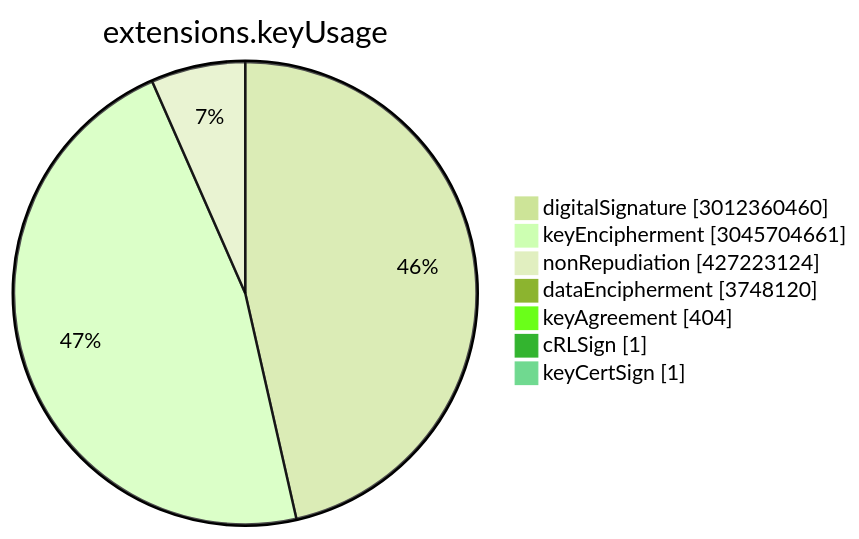
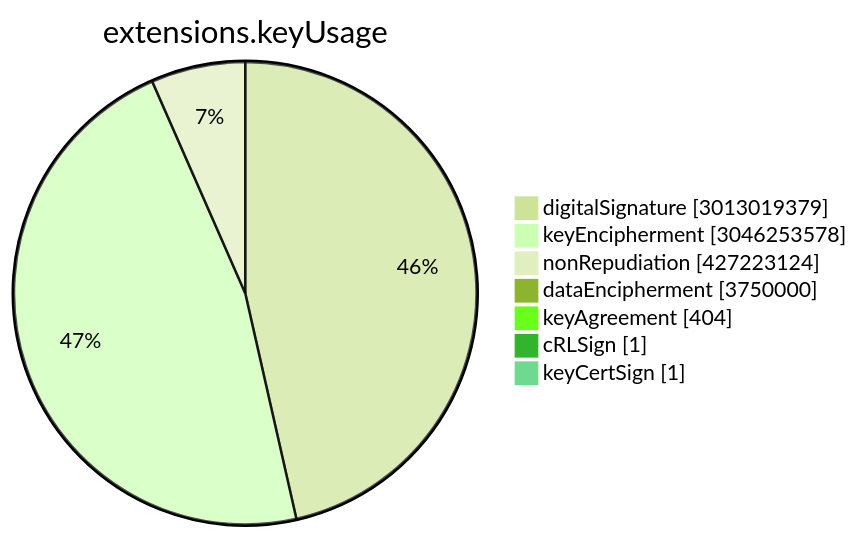
One commit to christiankrug/ctmonitor_visualization changed the sixth of 15 diagrams in TOTAL/README.md. Above: the diagram before and after it, drawn with Mermaid (forest theme). The commit also changed other lines of this file, not shown here.

````diff
--- a/TOTAL/README.md
+++ b/TOTAL/README.md
@@ -3076,11 +3076,11 @@
 ```mermaid
 pie showData
 title extensions.keyUsage
-"digitalSignature" :3012360460
-"keyEncipherment" :3045704661
+"digitalSignature" :3013019379
+"keyEncipherment" :3046253578
 "nonRepudiation" :427223124
-"dataEncipherment" :3748120
+"dataEncipherment" :3750000
 "keyAgreement" :404
 "cRLSign" :1
 "keyCertSign" :1
 ```
````
